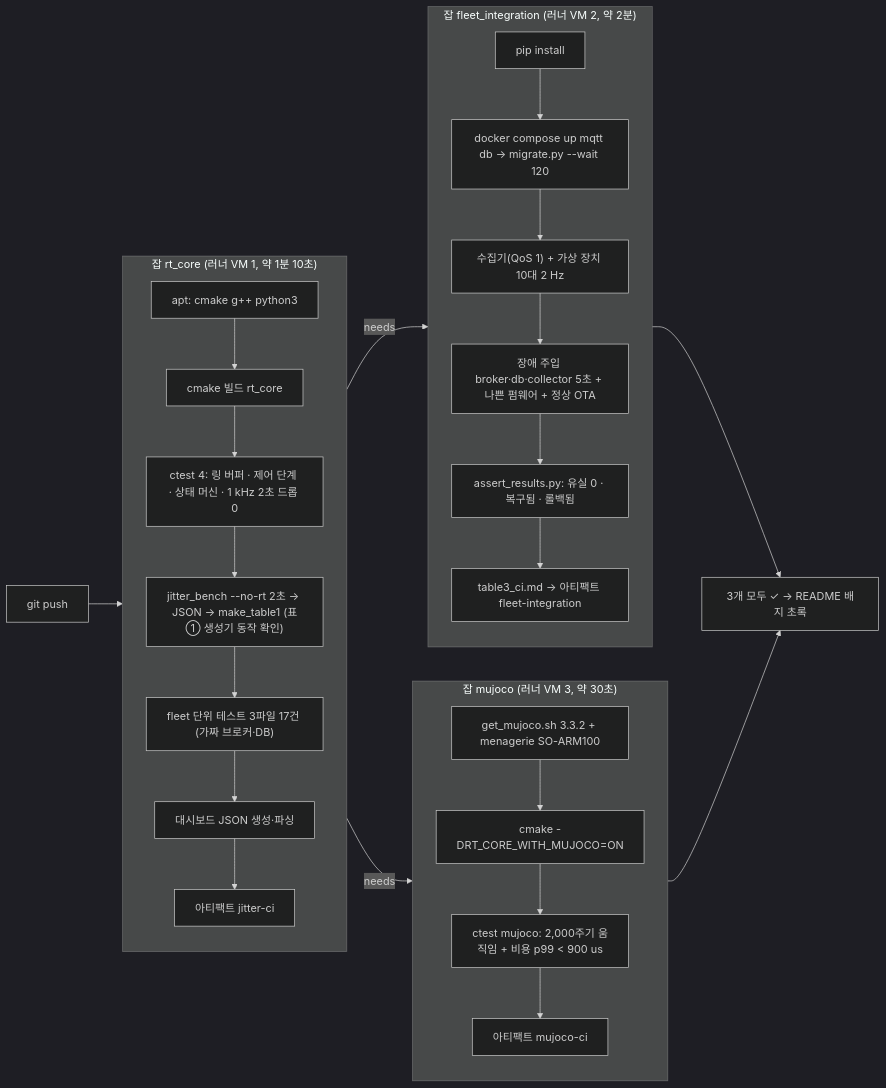
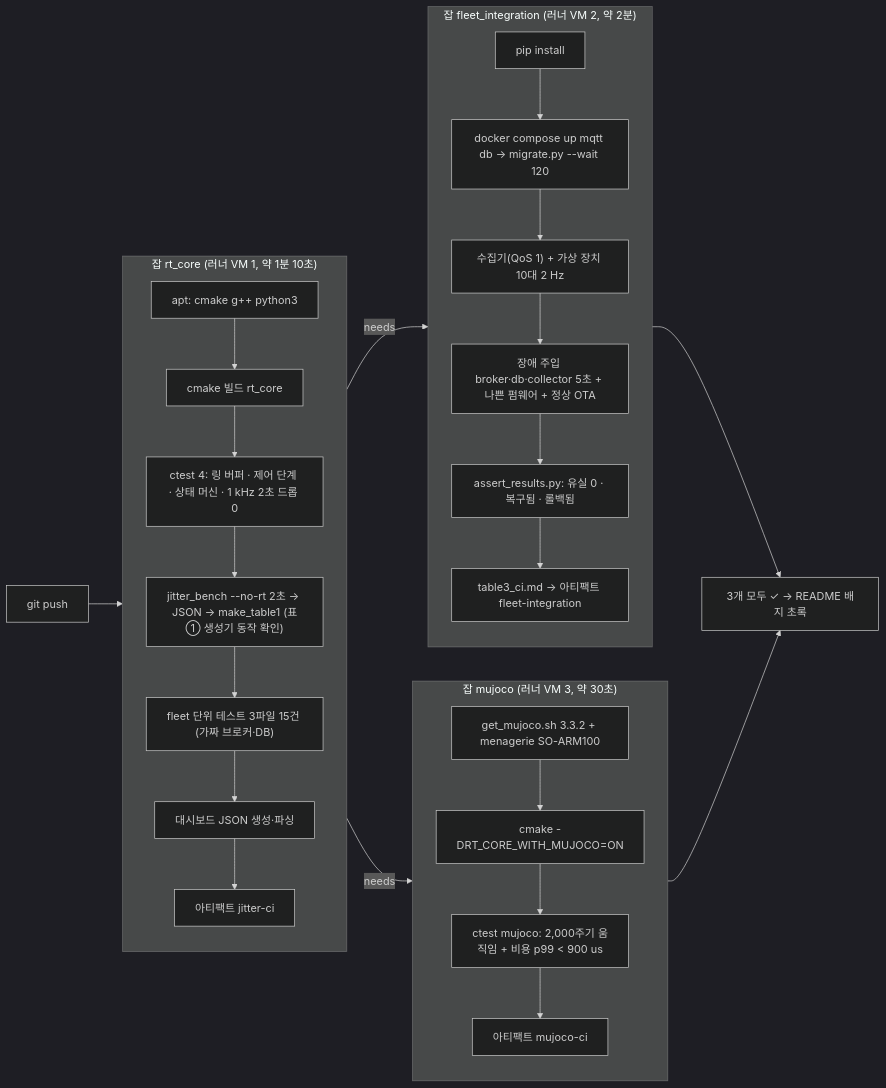
The second of 2 diagrams in docs/ENVIRONMENT.md (ohevance/rt-robot-data-infra), drawn with Mermaid (dark theme) before and after one commit. The commit also changed other lines of this file and 284 other files, not shown here.

````diff
--- a/docs/ENVIRONMENT.md
+++ b/docs/ENVIRONMENT.md
@@ -118,24 +118,24 @@
 ```mermaid
 flowchart LR
   P["git push"] --> R1
   subgraph R1["잡 rt_core (러너 VM 1, 약 1분 10초)"]
     direction TB
     a1["apt: cmake g++ python3"] --> a2["cmake 빌드 rt_core"] --> a3["ctest 4: 링 버퍼 · 제어 단계 · 상태 머신 · 1 kHz 2초 드롭 0"]
     a3 --> a4["jitter_bench --no-rt 2초 → JSON → make_table1 (표① 생성기 동작 확인)"]
-    a4 --> a5["fleet 단위 테스트 3파일 17건 (가짜 브로커·DB)"] --> a6["대시보드 JSON 생성·파싱"] --> a7["아티팩트 jitter-ci"]
+    a4 --> a5["fleet 단위 테스트 3파일 15건 (가짜 브로커·DB)"] --> a6["대시보드 JSON 생성·파싱"] --> a7["아티팩트 jitter-ci"]
   end
   R1 -- needs --> R2
   R1 -- needs --> R3
   subgraph R2["잡 fleet_integration (러너 VM 2, 약 2분)"]
     direction TB
     b1["pip install"] --> b2["docker compose up mqtt db → migrate.py --wait 120"]
     b2 --> b3["수집기(QoS 1) + 가상 장치 10대 2 Hz"] --> b4["장애 주입 broker·db·collector 5초 + 나쁜 펌웨어 + 정상 OTA"]
     b4 --> b5["assert_results.py: 유실 0 · 복구됨 · 롤백됨"] --> b6["table3_ci.md → 아티팩트 fleet-integration"]
   end
   subgraph R3["잡 mujoco (러너 VM 3, 약 30초)"]
     direction TB
     c1["get_mujoco.sh 3.3.2 + menagerie SO-ARM100"] --> c2["cmake -DRT_CORE_WITH_MUJOCO=ON"] --> c3["ctest mujoco: 2,000주기 움직임 + 비용 p99 < 900 us"] --> c4["아티팩트 mujoco-ci"]
   end
   R2 --> OK["3개 모두 ✓ → README 배지 초록"]
   R3 --> OK
 ```
````
